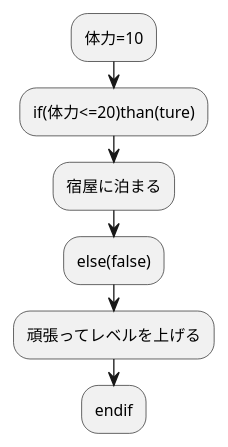
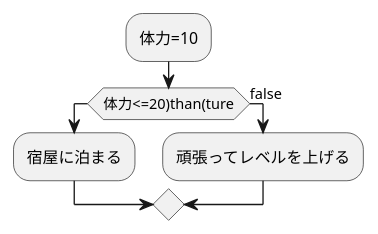
Before and after one commit to Aso2001025/2021-sys-design: the diagram in kadai1.md, drawn with PlantUML.

````diff
--- a/kadai1.md
+++ b/kadai1.md
@@ -1,10 +1,10 @@
 ```uml
   @startuml
   :体力=10;
-  :if(体力<=20)than(ture);
+  if(体力<=20)than(ture)
   :宿屋に泊まる;
-  :else(false);
+  else(false)
   :頑張ってレベルを上げる;
-  :endif;
+  endif
   @end
 ```
````
